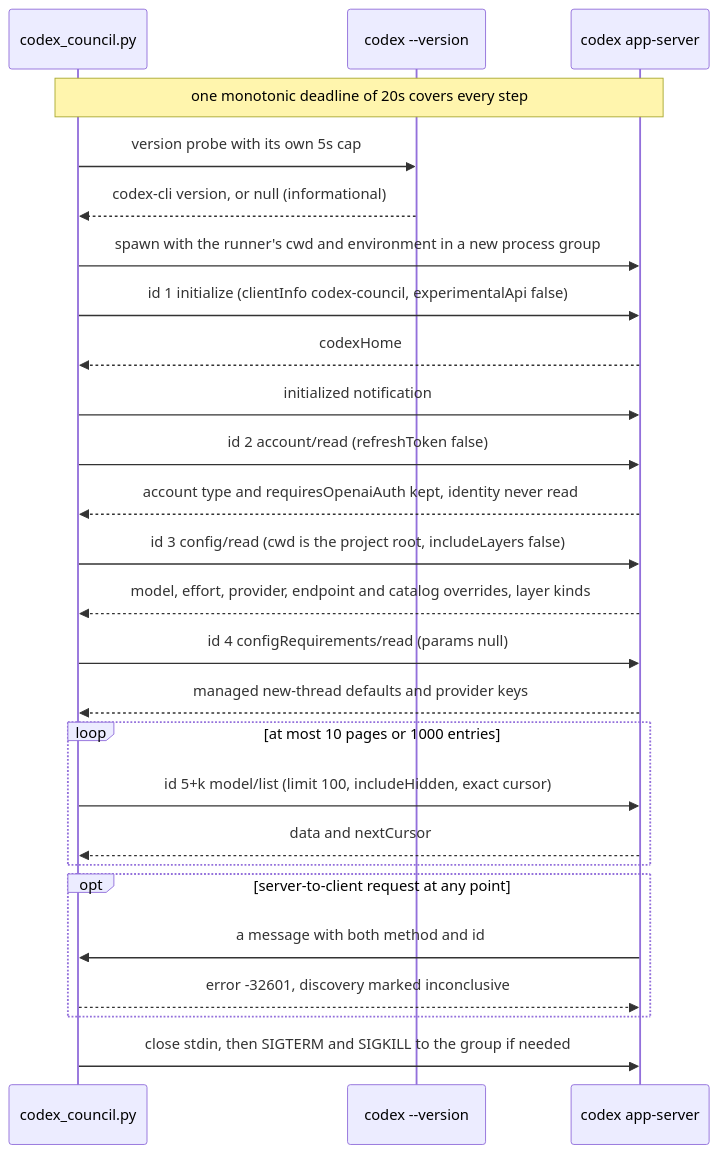
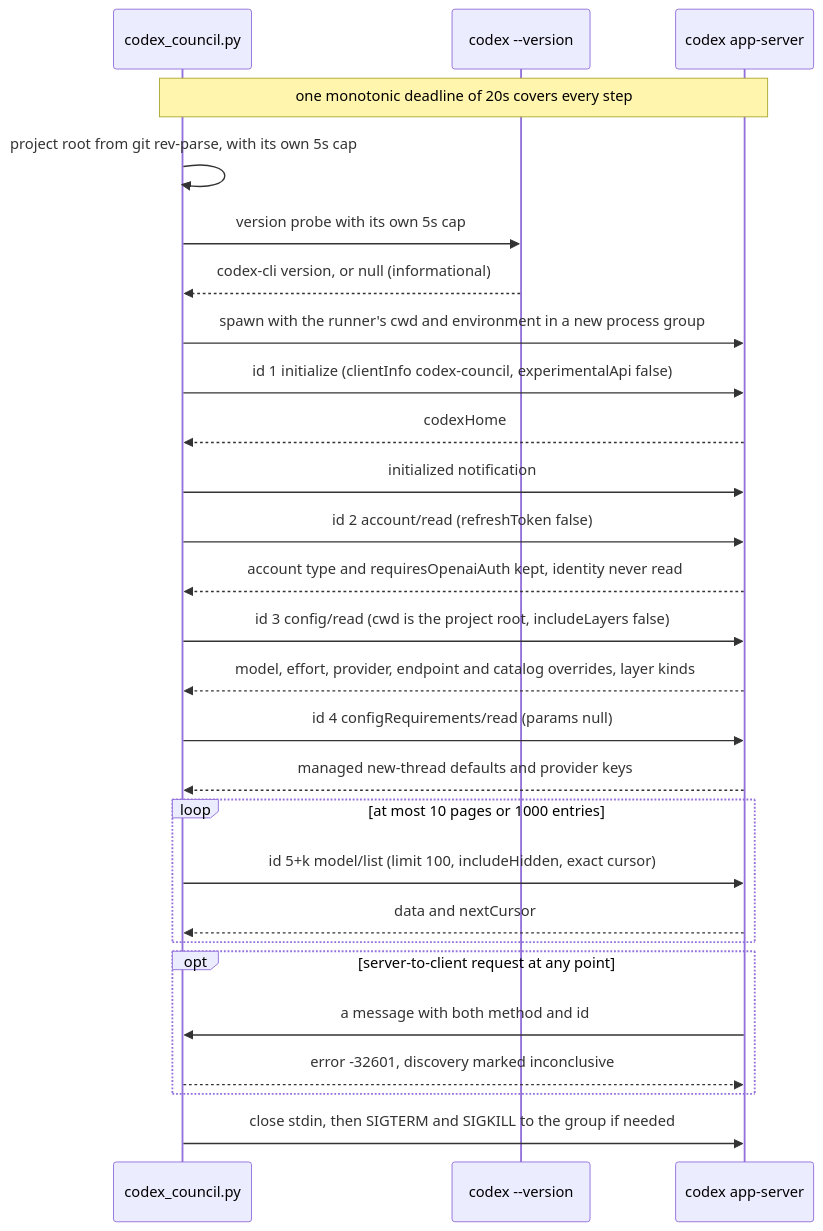
The second of 5 diagrams in DESIGN.md (ehzawad/codex-council), drawn with Mermaid before and after one commit. The commit also changed other lines of this file and 15 other files, not shown here.

````diff
--- a/DESIGN.md
+++ b/DESIGN.md
@@ -423,29 +438,30 @@
 ```mermaid
 sequenceDiagram
     participant R as codex_council.py
     participant V as codex --version
     participant A as codex app-server
 
     Note over R,A: one monotonic deadline of 20s covers every step
+    R->>R: project root from git rev-parse, with its own 5s cap
     R->>V: version probe with its own 5s cap
     V-->>R: codex-cli version, or null (informational)
     R->>A: spawn with the runner's cwd and environment in a new process group
     R->>A: id 1 initialize (clientInfo codex-council, experimentalApi false)
     A-->>R: codexHome
     R->>A: initialized notification
     R->>A: id 2 account/read (refreshToken false)
     A-->>R: account type and requiresOpenaiAuth kept, identity never read
     R->>A: id 3 config/read (cwd is the project root, includeLayers false)
     A-->>R: model, effort, provider, endpoint and catalog overrides, layer kinds
     R->>A: id 4 configRequirements/read (params null)
     A-->>R: managed new-thread defaults and provider keys
     loop at most 10 pages or 1000 entries
         R->>A: id 5+k model/list (limit 100, includeHidden, exact cursor)
         A-->>R: data and nextCursor
     end
     opt server-to-client request at any point
         A->>R: a message with both method and id
         R-->>A: error -32601, discovery marked inconclusive
     end
     R->>A: close stdin, then SIGTERM and SIGKILL to the group if needed
 ```
````
